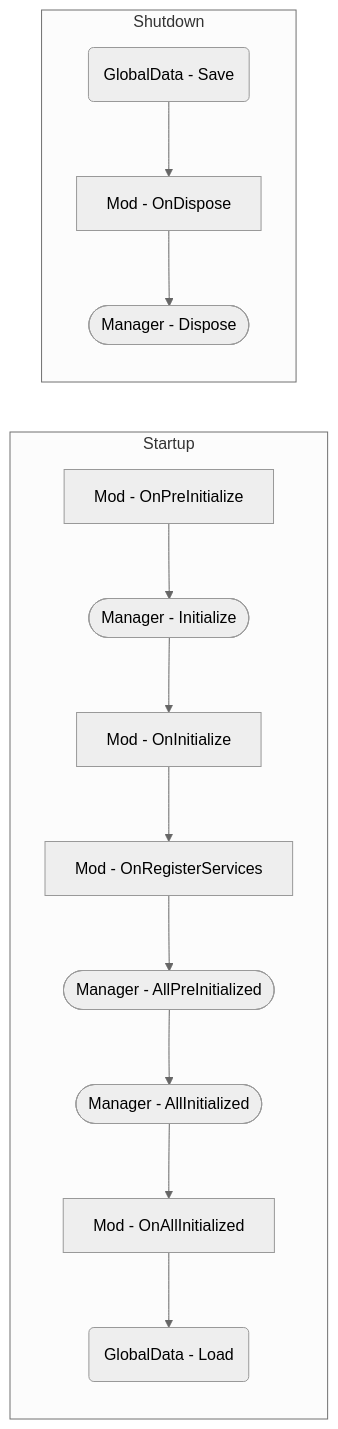
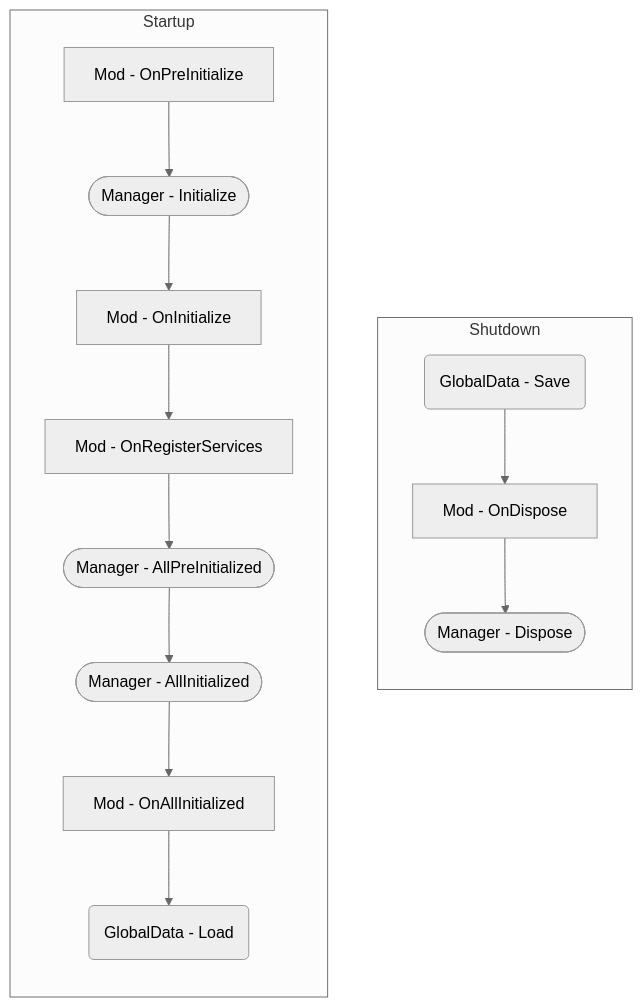
Before and after one commit to BrandenEK/Blasphemous.ModdingAPI: the diagram in docs/development/execution.md, drawn with Mermaid (neutral theme).

Commit message:
docs: fix chart style

````diff
--- a/docs/development/execution.md
+++ b/docs/development/execution.md
@@ -7,28 +7,29 @@
 ```mermaid
-flowchart RL
+graph LR
     A[Mod - OnPreInitialize]
     B([Manager - Initialize])
     C[Mod - OnInitialize]
     D[Mod - OnRegisterServices]
     E([Manager - AllPreInitialized])
     F([Manager - AllInitialized])
     G[Mod - OnAllInitialized]
     H(GlobalData - Load)
     X(GlobalData - Save)
     Y[Mod - OnDispose]
     Z([Manager - Dispose])
 
     subgraph Startup
     A-->B
     B-->C
     C-->D
     D-->E
     E-->F
     F-->G
     G-->H
     end
     subgraph Shutdown
     X-->Y
     Y-->Z
     end
+    Startup~~~Shutdown
 ```
````
